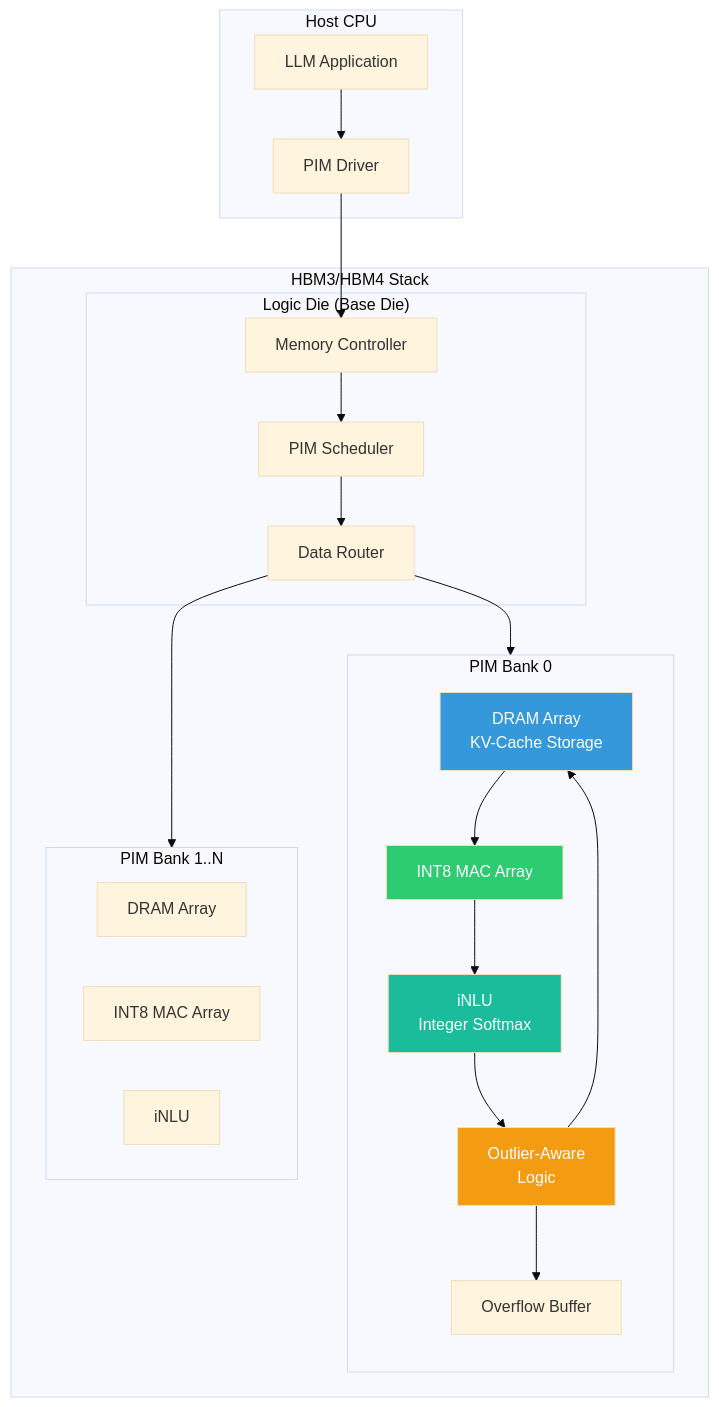
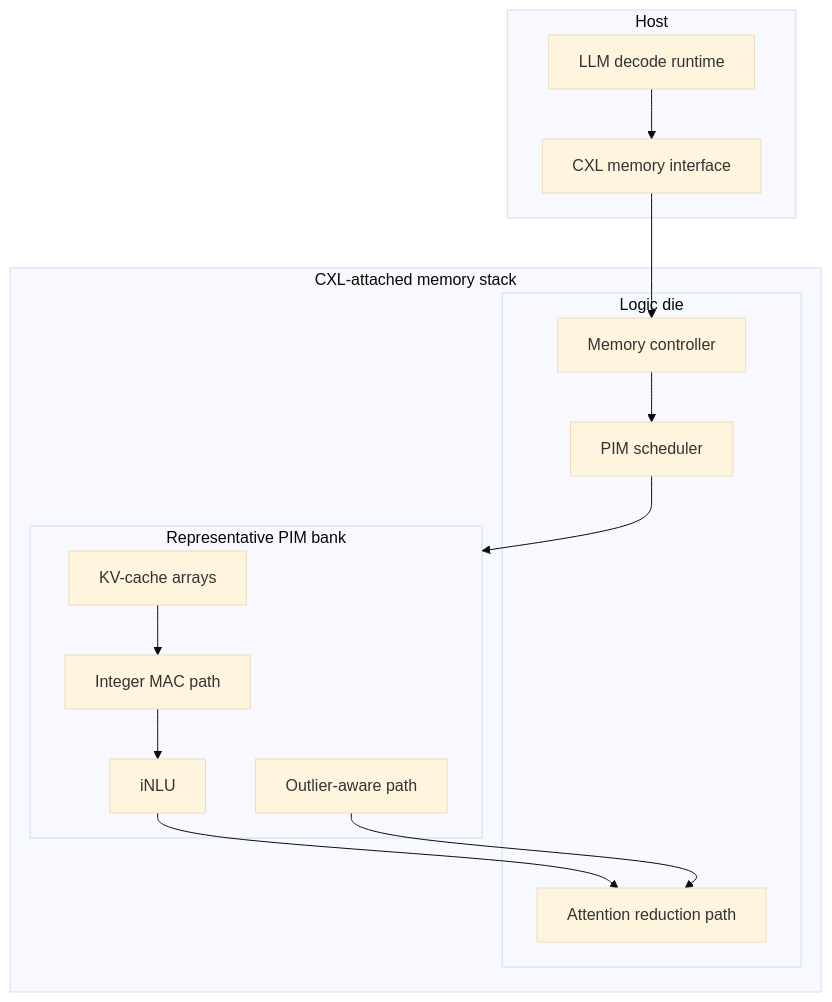
The first of 4 diagrams in paper_assets/architecture_diagrams.md (lkcfqy/LKC-CXL-PIM), drawn with Mermaid (base theme) before and after one commit. The commit also changed other lines of this file and 104 other files, not shown here.

````diff
--- a/paper_assets/architecture_diagrams.md
+++ b/paper_assets/architecture_diagrams.md
@@ -7,48 +7,26 @@
 ```mermaid
 graph TB
-    subgraph Host["Host CPU"]
-        APP[LLM Application]
-        DRV[PIM Driver]
+    subgraph Host["Host"]
+        APP["LLM decode runtime"]
+        MEM["CXL memory interface"]
     end
-    
-    subgraph HBM["HBM3/HBM4 Stack"]
-        subgraph Logic["Logic Die (Base Die)"]
-            CTRL[Memory Controller]
-            SCHED[PIM Scheduler]
-            ROUTER[Data Router]
+
+    subgraph Stack["CXL-attached memory stack"]
+        subgraph Logic["Logic die"]
+            CTRL["Memory controller"]
+            SCHED["PIM scheduler"]
+            REDUCE["Attention reduction path"]
         end
-        
-        subgraph Bank0["PIM Bank 0"]
-            direction TB
-            DRAM0[DRAM Array<br/>KV-Cache Storage]
-            MAC0[INT8 MAC Array]
-            INLU0[iNLU<br/>Integer Softmax]
-            OAL0[Outlier-Aware<br/>Logic]
-            BUF0[Overflow Buffer]
-        end
-        
-        subgraph Bank1["PIM Bank 1..N"]
-            DRAM1[DRAM Array]
-            MAC1[INT8 MAC Array]
-            INLU1[iNLU]
+
+        subgraph Bank["Representative PIM bank"]
+            DRAM["KV-cache arrays"]
+            MAC["Integer MAC path"]
+            INLU["iNLU"]
+            OUT["Outlier-aware path"]
         end
     end
-    
-    APP --> DRV
-    DRV --> CTRL
-    CTRL --> SCHED
-    SCHED --> ROUTER
-    ROUTER --> Bank0
-    ROUTER --> Bank1
-    
-    DRAM0 --> MAC0
-    MAC0 --> INLU0
-    INLU0 --> OAL0
-    OAL0 --> BUF0
-    OAL0 --> DRAM0
-    
-    style INLU0 fill:#1abc9c,color:white
-    style OAL0 fill:#f39c12,color:white
-    style DRAM0 fill:#3498db,color:white
-    style MAC0 fill:#2ecc71,color:white
+
+    APP --> MEM --> CTRL --> SCHED --> Bank
+    DRAM --> MAC --> INLU --> REDUCE
+    OUT --> REDUCE
 ```
````
